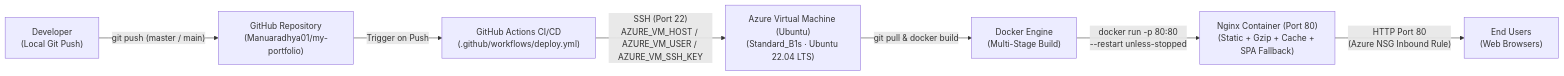
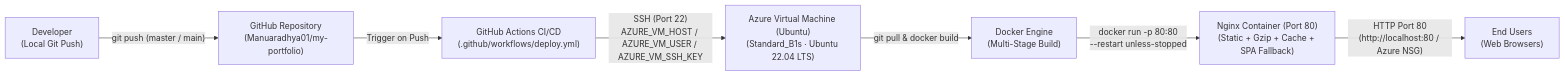
The diagram in Cloud_Deployment_Report.md (Manuaradhya01/my-portfolio), drawn with Mermaid before and after one commit. The commit also changed other lines of this file and 6 other files, not shown here.

````diff
--- a/Cloud_Deployment_Report.md
+++ b/Cloud_Deployment_Report.md
@@ -46,9 +46,9 @@
 ```mermaid
 flowchart LR
     DEV["Developer<br/>(Local Git Push)"] -->|"git push (master / main)"| GH["GitHub Repository<br/>(Manuaradhya01/my-portfolio)"]
     GH -->|"Trigger on Push"| GHA["GitHub Actions CI/CD<br/>(.github/workflows/deploy.yml)"]
     GHA -->|"SSH (Port 22)<br/>AZURE_VM_HOST / AZURE_VM_USER / AZURE_VM_SSH_KEY"| VM["Azure Virtual Machine (Ubuntu)<br/>(Standard_B1s · Ubuntu 22.04 LTS)"]
     VM -->|"git pull & docker build"| DOCKER["Docker Engine<br/>(Multi-Stage Build)"]
     DOCKER -->|"docker run -p 80:80<br/>--restart unless-stopped"| NGINX["Nginx Container (Port 80)<br/>(Static + Gzip + Cache + SPA Fallback)"]
-    NGINX -->|"HTTP Port 80<br/>(Azure NSG Inbound Rule)"| USERS["End Users<br/>(Web Browsers)"]
+    NGINX -->|"HTTP Port 80<br/>(http://localhost:80 / Azure NSG)"| USERS["End Users<br/>(Web Browsers)"]
 ```
````
